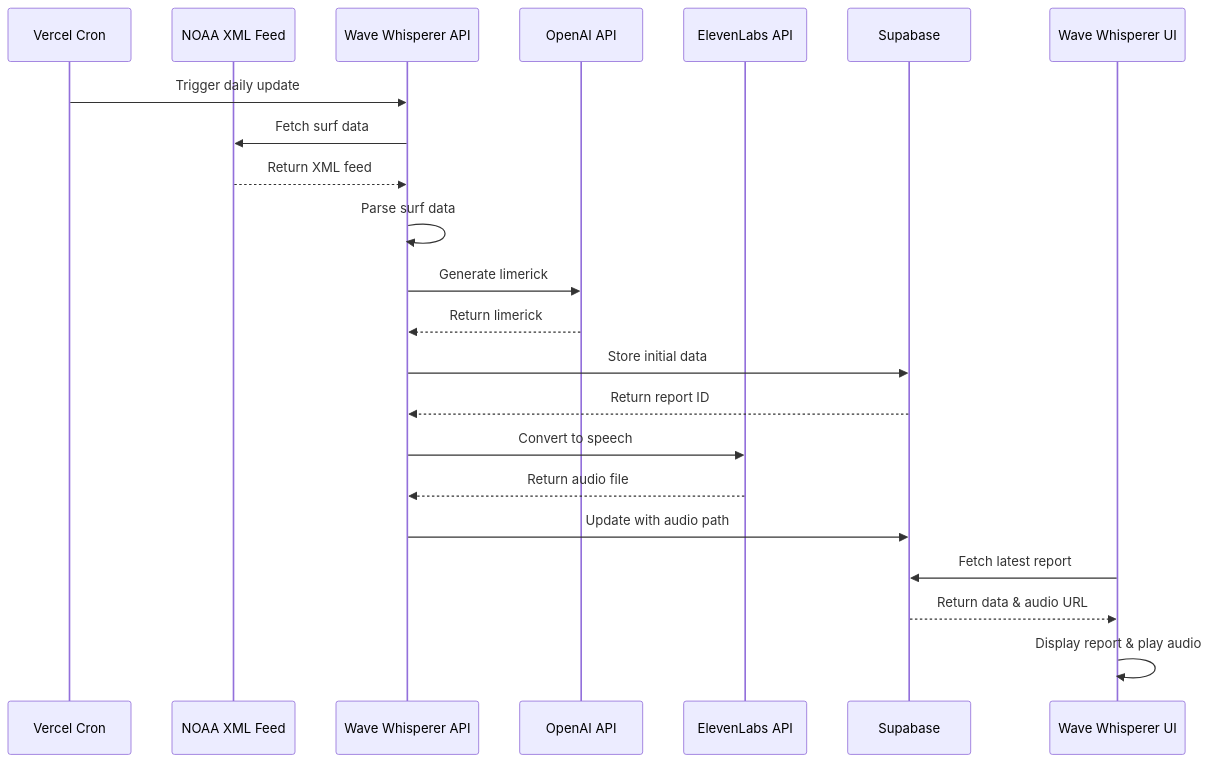
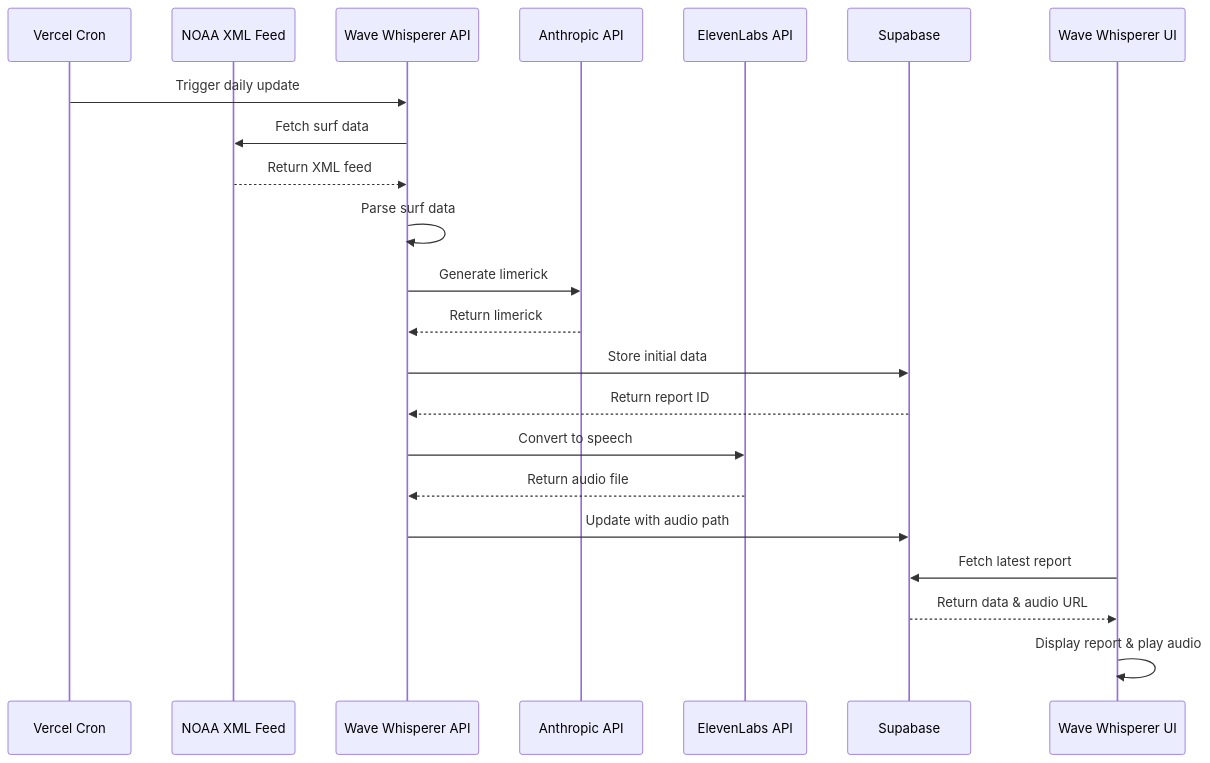
The diagram in README.md (taylorkmho/wavwhisperer), drawn with Mermaid before and after one commit. The commit also changed other lines of this file and 5 other files, not shown here.

````diff
--- a/README.md
+++ b/README.md
@@ -12,25 +12,25 @@
 ```mermaid
 sequenceDiagram
     participant Cron as Vercel Cron
     participant NOAA as NOAA XML Feed
     participant Backend as Wave Whisperer API
-    participant OpenAI as OpenAI API
+    participant Anthropic as Anthropic API
     participant ElevenLabs as ElevenLabs API
     participant Supabase as Supabase
     participant Frontend as Wave Whisperer UI
 
     Cron->>Backend: Trigger daily update
     Backend->>NOAA: Fetch surf data
     NOAA-->>Backend: Return XML feed
     Backend->>Backend: Parse surf data
-    Backend->>OpenAI: Generate limerick
-    OpenAI-->>Backend: Return limerick
+    Backend->>Anthropic: Generate limerick
+    Anthropic-->>Backend: Return limerick
     Backend->>Supabase: Store initial data
     Supabase-->>Backend: Return report ID
     Backend->>ElevenLabs: Convert to speech
     ElevenLabs-->>Backend: Return audio file
     Backend->>Supabase: Update with audio path
     Frontend->>Supabase: Fetch latest report
     Supabase-->>Frontend: Return data & audio URL
     Frontend->>Frontend: Display report & play audio
 ```
````
